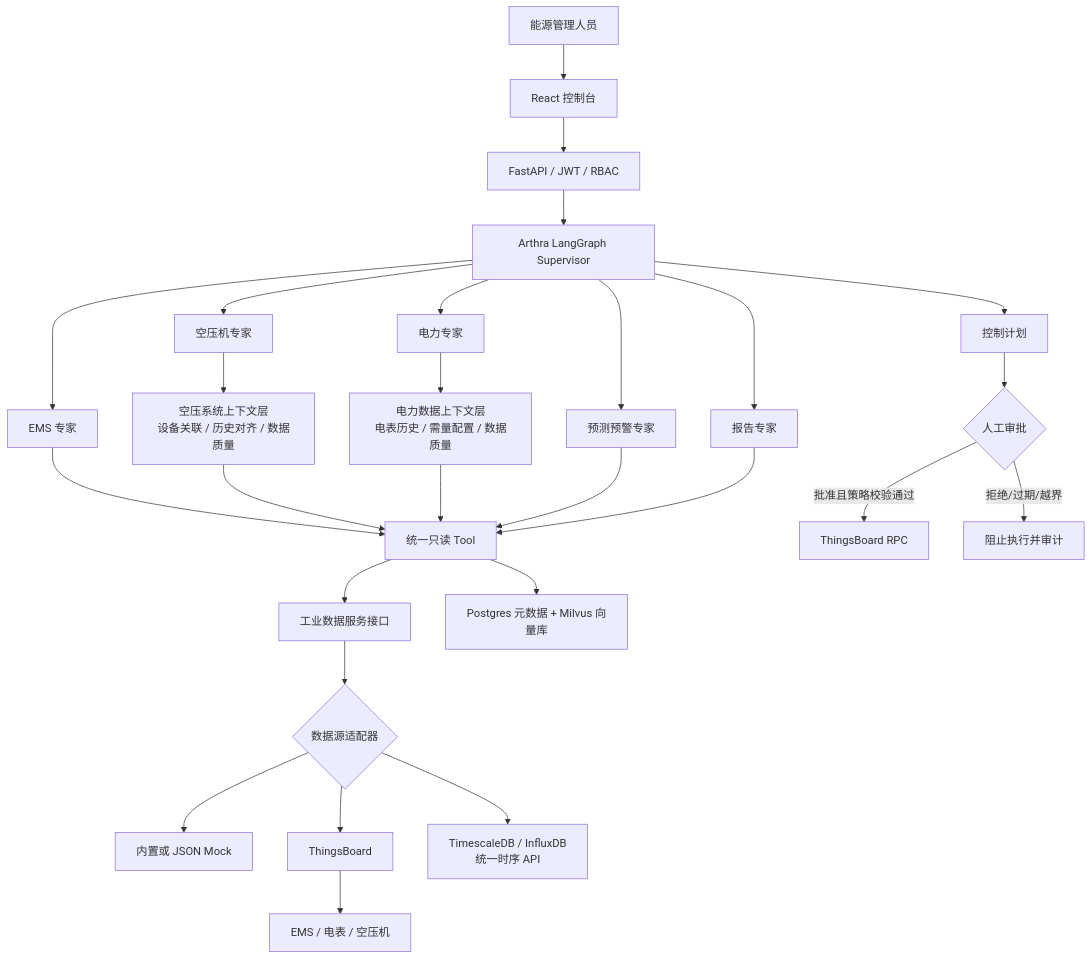
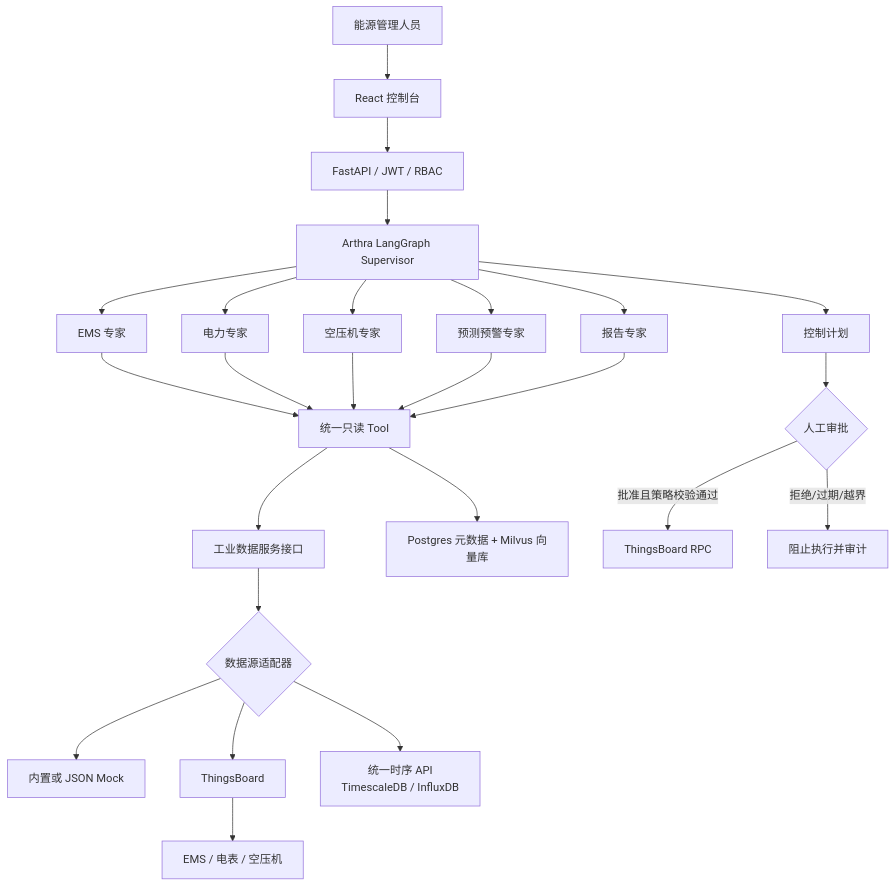
One commit to shanbingshen/agent changed the diagram in README.md. Above: the diagram before and after it, drawn with Mermaid. The commit also changed other lines of this file and 21 other files, not shown here.

````diff
--- a/README.md
+++ b/README.md
@@ -25,25 +7,23 @@
 ```mermaid
 flowchart TB
     User["能源管理人员"] --> Web["React 控制台"]
     Web --> API["FastAPI / JWT / RBAC"]
     API --> Brain["Arthra LangGraph Supervisor"]
     Brain --> EMS["EMS 专家"]
     Brain --> Power["电力专家"]
     Brain --> Air["空压机专家"]
     Brain --> Forecast["预测预警专家"]
     Brain --> Report["报告专家"]
-    Air --> AirContext["空压系统上下文层<br/>设备关联 / 历史对齐 / 数据质量"]
-    Power --> PowerContext["电力数据上下文层<br/>电表历史 / 需量配置 / 数据质量"]
-    EMS & AirContext & PowerContext & Forecast & Report --> Tools["统一只读 Tool"]
+    EMS & Power & Air & Forecast & Report --> Tools["统一只读 Tool"]
     Tools --> IDS["工业数据服务接口"]
     IDS --> Select{"数据源适配器"}
     Select --> Mock["内置或 JSON Mock"]
     Select --> TB["ThingsBoard"]
-    Select --> TS["TimescaleDB / InfluxDB<br/>统一时序 API"]
+    Select --> TS["统一时序 API<br/>TimescaleDB / InfluxDB"]
     Tools --> RAG["Postgres 元数据 + Milvus 向量库"]
     TB --> Device["EMS / 电表 / 空压机"]
     Brain --> Plan["控制计划"]
     Plan --> Approval{"人工审批"}
     Approval -->|批准且策略校验通过| RPC["ThingsBoard RPC"]
     Approval -->|拒绝/过期/越界| Block["阻止执行并审计"]
 ```
````
